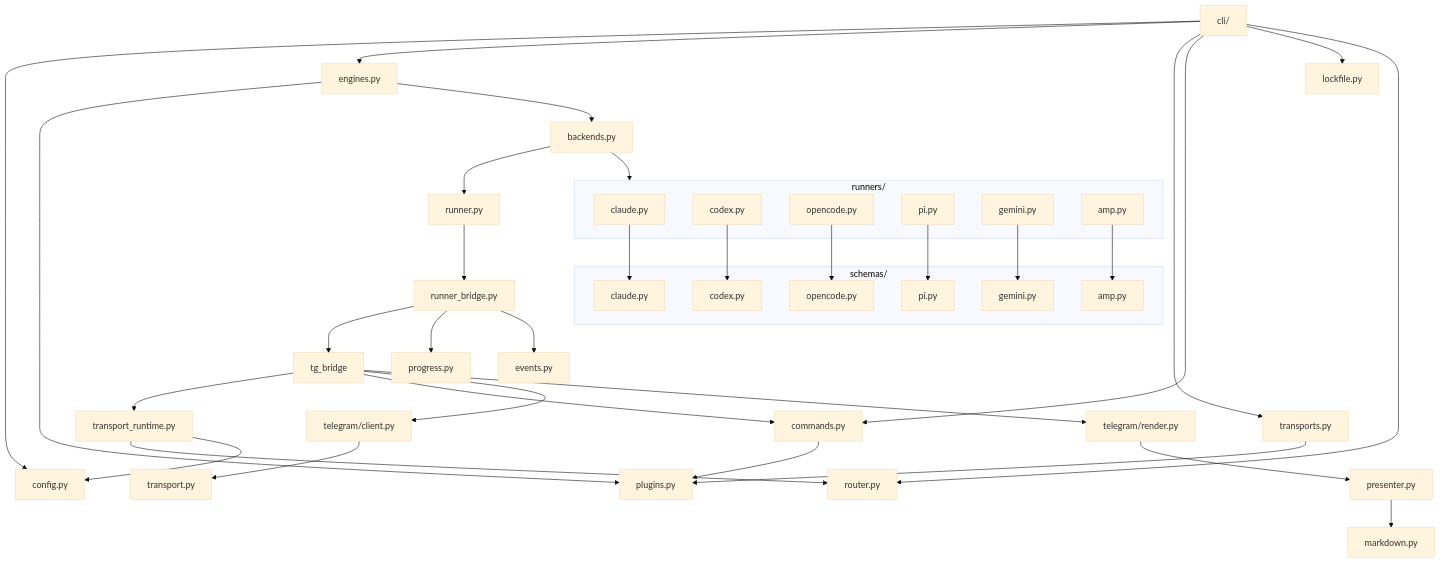
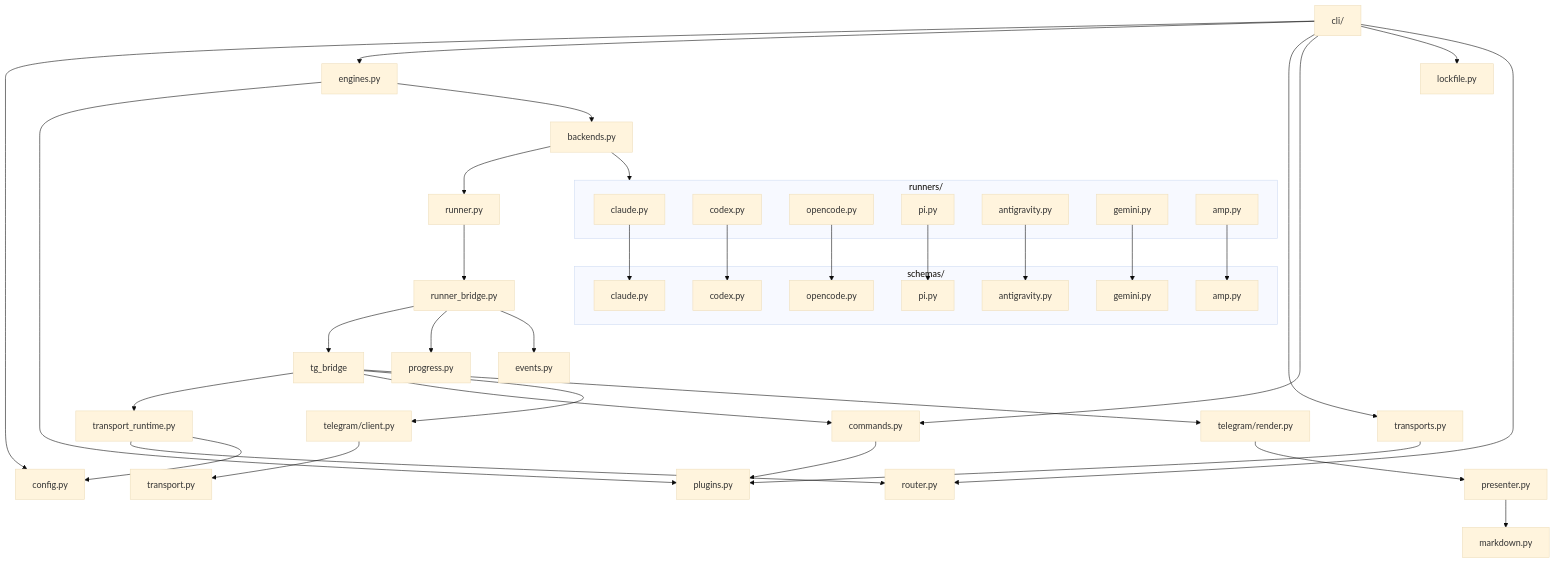
The seventh of 9 diagrams in docs/explanation/architecture.md (littlebearapps/untether), drawn with Mermaid (base theme) before and after one commit. The commit also changed other lines of this file and 475 other files, not shown here.

````diff
--- a/docs/explanation/architecture.md
+++ b/docs/explanation/architecture.md
@@ -316,62 +318,65 @@
 ```mermaid
 flowchart TD
     cli[cli/] --> config[config.py]
     cli --> engines[engines.py]
     cli --> transports[transports.py]
     cli --> commands[commands.py]
     cli --> lockfile[lockfile.py]
 
     engines --> plugins[plugins.py]
     transports --> plugins
     commands --> plugins
 
     engines --> backends[backends.py]
 
     backends --> runners[runners/]
     backends --> runner[runner.py]
 
     subgraph runners[runners/]
         claude[claude.py]
         codex[codex.py]
         opencode[opencode.py]
         pi[pi.py]
+        antigravity[antigravity.py]
         gemini[gemini.py]
         amp[amp.py]
     end
 
     subgraph schemas[schemas/]
         claude_s[claude.py]
         codex_s[codex.py]
         opencode_s[opencode.py]
         pi_s[pi.py]
+        antigravity_s[antigravity.py]
         gemini_s[gemini.py]
         amp_s[amp.py]
     end
 
     claude --> claude_s
     codex --> codex_s
     opencode --> opencode_s
     pi --> pi_s
+    antigravity --> antigravity_s
     gemini --> gemini_s
     amp --> amp_s
 
     cli --> router[router.py]
     tg_bridge --> runtime[transport_runtime.py]
     runtime --> router
     runtime --> config
     tg_bridge --> commands
 
     runner --> runner_bridge[runner_bridge.py]
     runner_bridge --> tg_bridge
 
     tg_bridge --> client[telegram/client.py]
     tg_bridge --> render[telegram/render.py]
 
     client --> transport[transport.py]
 
     runner_bridge --> progress[progress.py]
     runner_bridge --> events[events.py]
 
     render --> presenter[presenter.py]
     presenter --> markdown[markdown.py]
 ```
````
